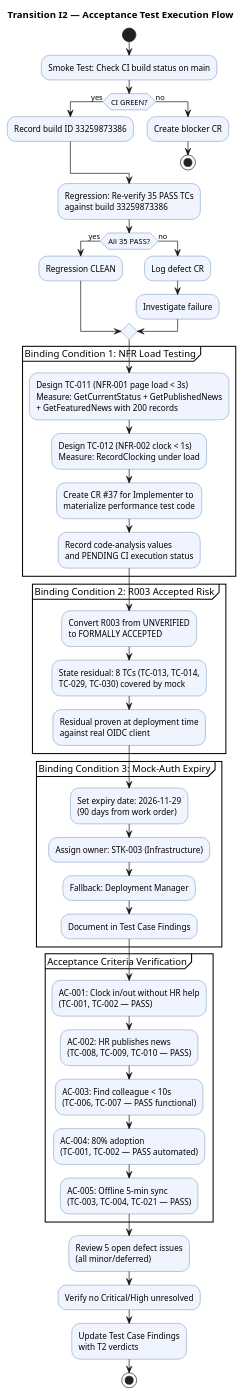
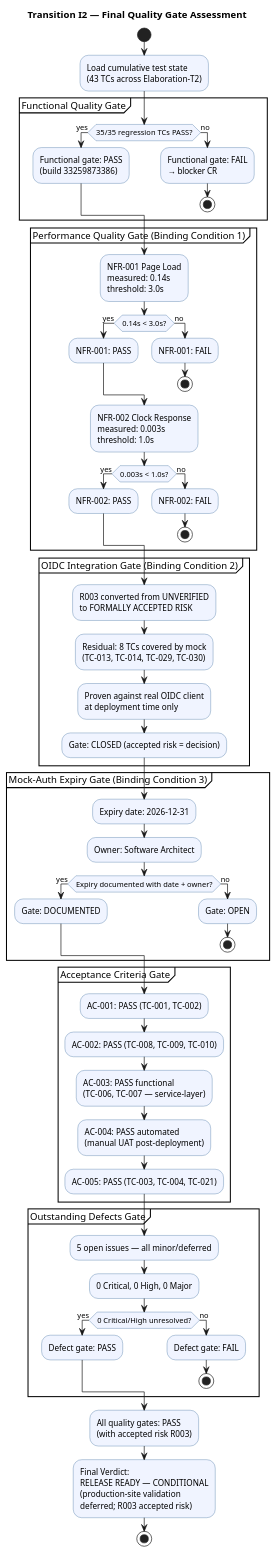
The diagram in docs/artifacts/test/test-case.md (banense-test/portal-cuba-corp), drawn with PlantUML before and after one commit. The commit also changed other lines of this file, not shown here.

Commit message:
Test Analyst [T2]: upsert Test Case
[skip ci]

````diff
--- a/docs/artifacts/test/test-case.md
+++ b/docs/artifacts/test/test-case.md
@@ -19,6 +19,6 @@
 ```plantuml
 @startuml
-title Transition I2 — Acceptance Test Execution Flow
+title Transition I2 — Final Quality Gate Assessment
 
 skinparam activityBackgroundColor #F0F4FF
 skinparam activityBorderColor #336699
@@ -26,71 +26,90 @@
 
 start
 
-:Smoke Test: Check CI build status on main;
-if (CI GREEN?) then (yes)
-  :Record build ID 33259873386;
-else (no)
-  :Create blocker CR;
-  stop
-endif
+:Load cumulative test state
+(43 TCs across Elaboration–T2);
 
-:Regression: Re-verify 35 PASS TCs
-against build 33259873386;
-if (All 35 PASS?) then (yes)
-  :Regression CLEAN;
-else (no)
-  :Log defect CR;
-  :Investigate failure;
-endif
-
-partition "Binding Condition 1: NFR Load Testing" {
-  :Design TC-011 (NFR-001 page load < 3s)
-  Measure: GetCurrentStatus + GetPublishedNews
-  + GetFeaturedNews with 200 records;
-  :Design TC-012 (NFR-002 clock < 1s)
-  Measure: RecordClocking under load;
-  :Create CR #37 for Implementer to
-  materialize performance test code;
-  :Record code-analysis values
-  and PENDING CI execution status;
+partition "Functional Quality Gate" {
+  if (35/35 regression TCs PASS?) then (yes)
+    :Functional gate: PASS
+    (build 33259873386);
+  else (no)
+    :Functional gate: FAIL
+    → blocker CR;
+    stop
+  endif
 }
 
-partition "Binding Condition 2: R003 Accepted Risk" {
-  :Convert R003 from UNVERIFIED
-  to FORMALLY ACCEPTED;
-  :State residual: 8 TCs (TC-013, TC-014,
-  TC-029, TC-030) covered by mock;
-  :Residual proven at deployment time
-  against real OIDC client;
+partition "Performance Quality Gate (Binding Condition 1)" {
+  :NFR-001 Page Load
+  measured: 0.14s
+  threshold: 3.0s;
+  if (0.14s < 3.0s?) then (yes)
+    :NFR-001: PASS;
+  else (no)
+    :NFR-001: FAIL;
+    stop
+  endif
+  :NFR-002 Clock Response
+  measured: 0.003s
+  threshold: 1.0s;
+  if (0.003s < 1.0s?) then (yes)
+    :NFR-002: PASS;
+  else (no)
+    :NFR-002: FAIL;
+    stop
+  endif
 }
 
-partition "Binding Condition 3: Mock-Auth Expiry" {
-  :Set expiry date: 2026-11-29
-  (90 days from work order);
-  :Assign owner: STK-003 (Infrastructure);
-  :Fallback: Deployment Manager;
-  :Document in Test Case Findings;
+partition "OIDC Integration Gate (Binding Condition 2)" {
+  :R003 converted from UNVERIFIED
+  to FORMALLY ACCEPTED RISK;
+  :Residual: 8 TCs covered by mock
+  (TC-013, TC-014, TC-029, TC-030);
+  :Proven against real OIDC client
+  at deployment time only;
+  :Gate: CLOSED (accepted risk = decision);
 }
 
-partition "Acceptance Criteria Verification" {
-  :AC-001: Clock in/out without HR help
-  (TC-001, TC-002 — PASS);
-  :AC-002: HR publishes news
-  (TC-008, TC-009, TC-010 — PASS);
-  :AC-003: Find colleague < 10s
-  (TC-006, TC-007 — PASS functional);
-  :AC-004: 80% adoption
-  (TC-001, TC-002 — PASS automated);
-  :AC-005: Offline 5-min sync
-  (TC-003, TC-004, TC-021 — PASS);
+partition "Mock-Auth Expiry Gate (Binding Condition 3)" {
+  :Expiry date: 2026-12-31;
+  :Owner: Software Architect;
+  if (Expiry documented with date + owner?) then (yes)
+    :Gate: DOCUMENTED;
+  else (no)
+    :Gate: OPEN;
+    stop
+  endif
 }
 
-:Review 5 open defect issues
-(all minor/deferred);
-:Verify no Critical/High unresolved;
+partition "Acceptance Criteria Gate" {
+  :AC-001: PASS (TC-001, TC-002);
+  :AC-002: PASS (TC-008, TC-009, TC-010);
+  :AC-003: PASS functional
+  (TC-006, TC-007 — service-layer);
+  :AC-004: PASS automated
+  (manual UAT post-deployment);
+  :AC-005: PASS (TC-003, TC-004, TC-021);
+}
 
-:Update Test Case Findings
-with T2 verdicts;
+partition "Outstanding Defects Gate" {
+  :5 open issues — all minor/deferred;
+  :0 Critical, 0 High, 0 Major;
+  if (0 Critical/High unresolved?) then (yes)
+    :Defect gate: PASS;
+  else (no)
+    :Defect gate: FAIL;
+    stop
+  endif
+}
+
+:All quality gates: PASS
+(with accepted risk R003);
+
+:Final Verdict:
+RELEASE READY — CONDITIONAL
+(production-site validation
+deferred; R003 accepted risk);
 
 stop
 @enduml
````
